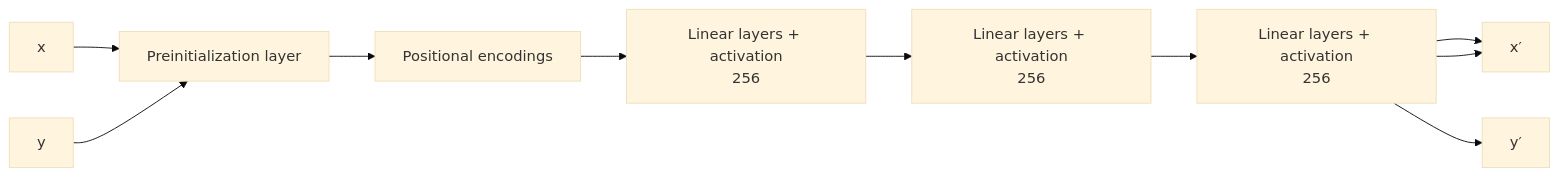
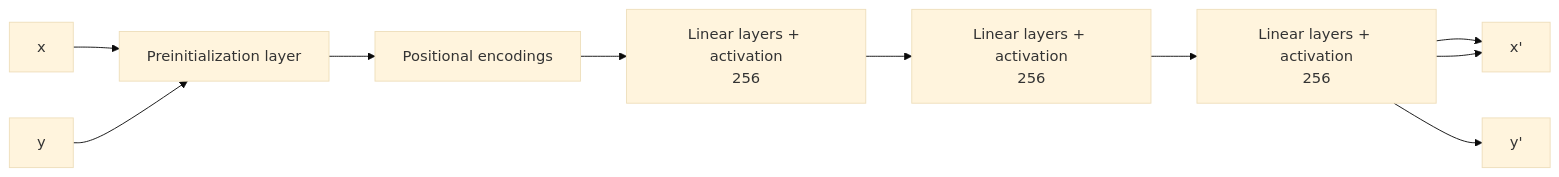
One commit to andjelatodorovich/Coordinate_based_MLPs changed the diagram in README.md. Above: the diagram before and after it, drawn with Mermaid (base theme).

```````diff
--- a/README.md
+++ b/README.md
@@ -6,7 +6,7 @@
 ``````mermaid
 graph LR
 	1[x]-->3[Preinitialization layer]-->4[Positional encodings]-->5[Linear layers + activation<br>256]-->6[Linear layers + activation<br>256]-->7[Linear layers + activation<br>256]-->8[Linear layers + Sgmoid<br>256]
 	2[y]-->3[Preinitialization layer]
-	7-->8[x′]
-	7-->9[y′]
+	7-->8[x']
+	7-->9[y']
 ``````
```````
